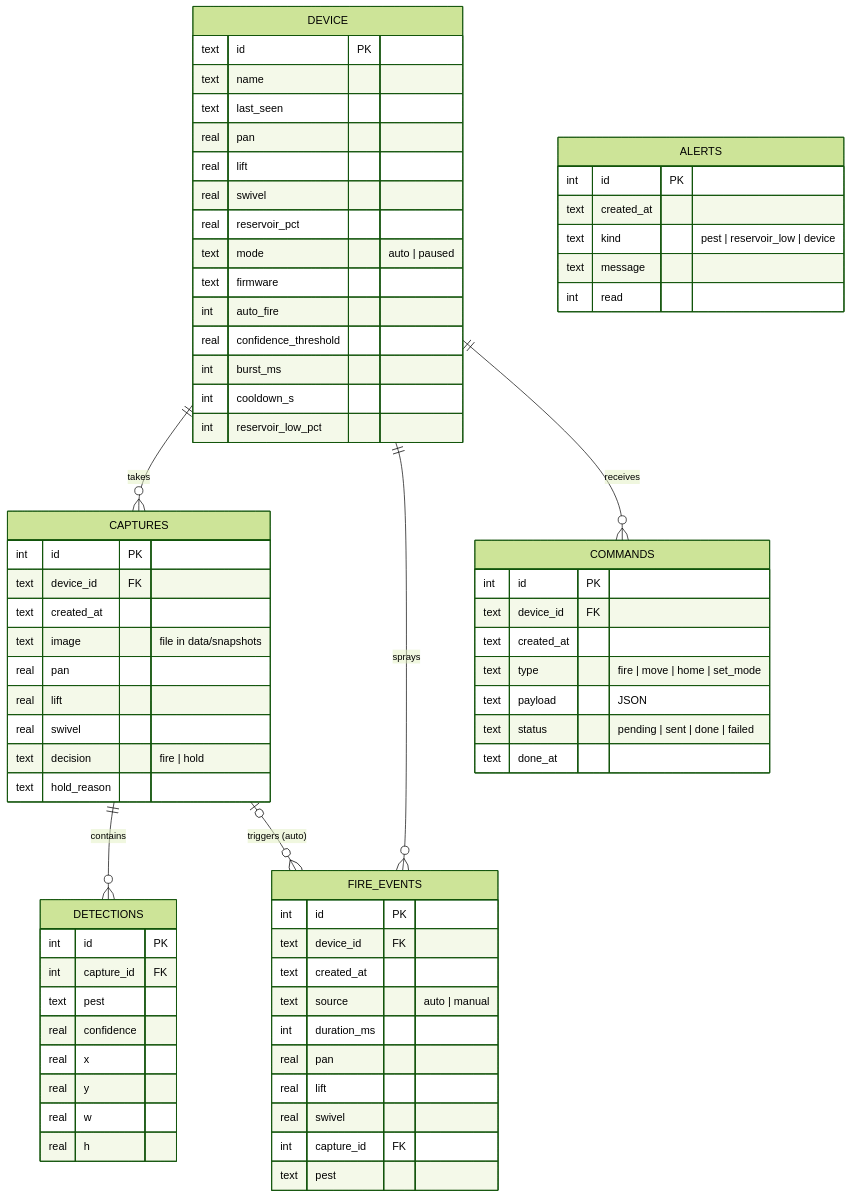
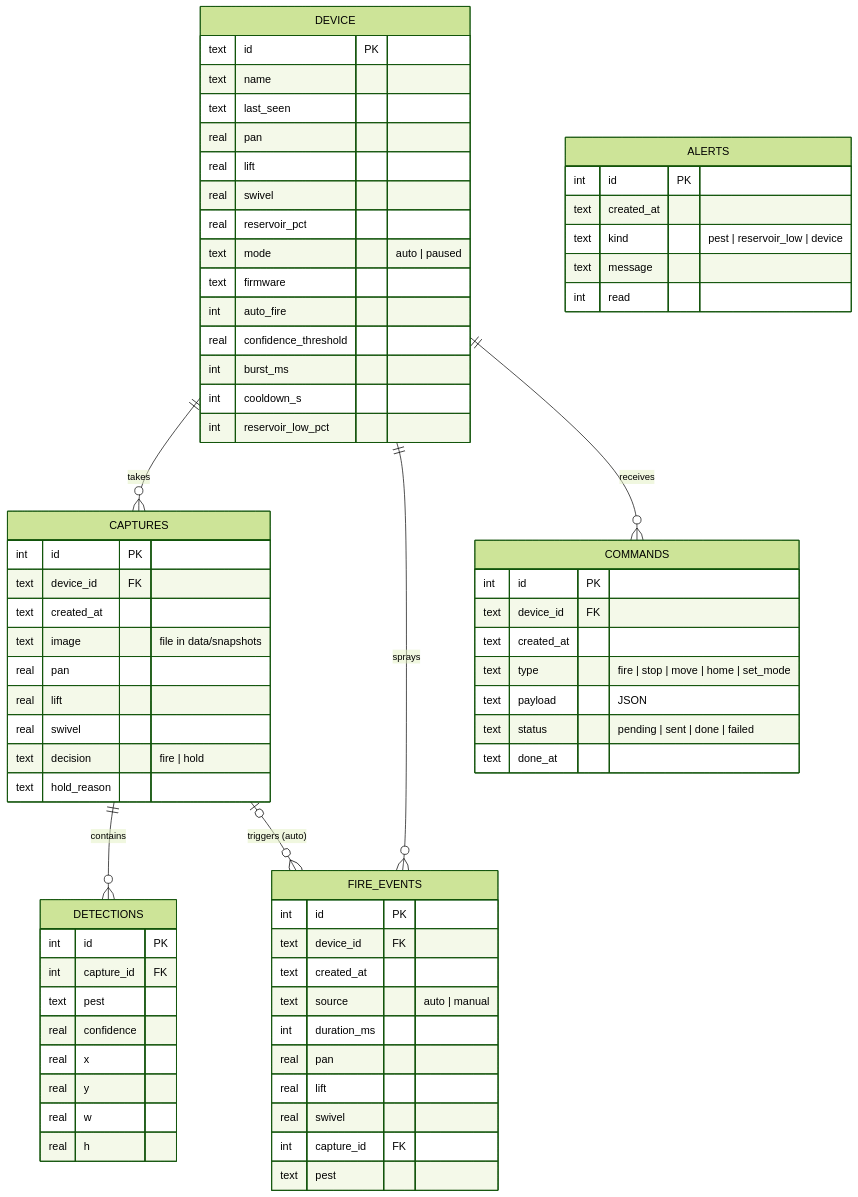
The sixth of 6 diagrams in docs/DOCUMENTATION.md (helidastar/PestBlaster), drawn with Mermaid (forest theme) before and after one commit. The commit also changed other lines of this file and 9 other files, not shown here.

````diff
--- a/docs/DOCUMENTATION.md
+++ b/docs/DOCUMENTATION.md
@@ -393,74 +393,74 @@
 ```mermaid
 erDiagram
     DEVICE ||--o{ CAPTURES : takes
     CAPTURES ||--o{ DETECTIONS : contains
     DEVICE ||--o{ FIRE_EVENTS : sprays
     CAPTURES |o--o{ FIRE_EVENTS : "triggers (auto)"
     DEVICE ||--o{ COMMANDS : receives
 
     DEVICE {
         text id PK
         text name
         text last_seen
         real pan
         real lift
         real swivel
         real reservoir_pct
         text mode "auto | paused"
         text firmware
         int auto_fire
         real confidence_threshold
         int burst_ms
         int cooldown_s
         int reservoir_low_pct
     }
     CAPTURES {
         int id PK
         text device_id FK
         text created_at
         text image "file in data/snapshots"
         real pan
         real lift
         real swivel
         text decision "fire | hold"
         text hold_reason
     }
     DETECTIONS {
         int id PK
         int capture_id FK
         text pest
         real confidence
         real x
         real y
         real w
         real h
     }
     FIRE_EVENTS {
         int id PK
         text device_id FK
         text created_at
         text source "auto | manual"
         int duration_ms
         real pan
         real lift
         real swivel
         int capture_id FK
         text pest
     }
     COMMANDS {
         int id PK
         text device_id FK
         text created_at
-        text type "fire | move | home | set_mode"
+        text type "fire | stop | move | home | set_mode"
         text payload "JSON"
         text status "pending | sent | done | failed"
         text done_at
     }
     ALERTS {
         int id PK
         text created_at
         text kind "pest | reservoir_low | device"
         text message
         int read
     }
 ```
````
